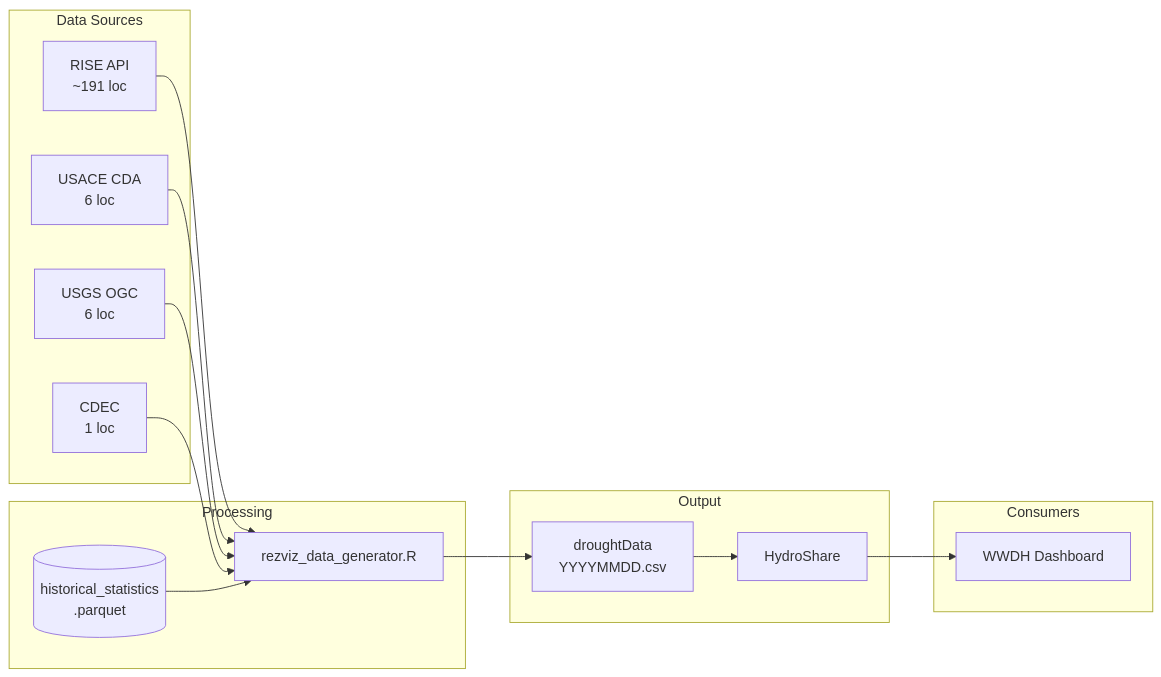
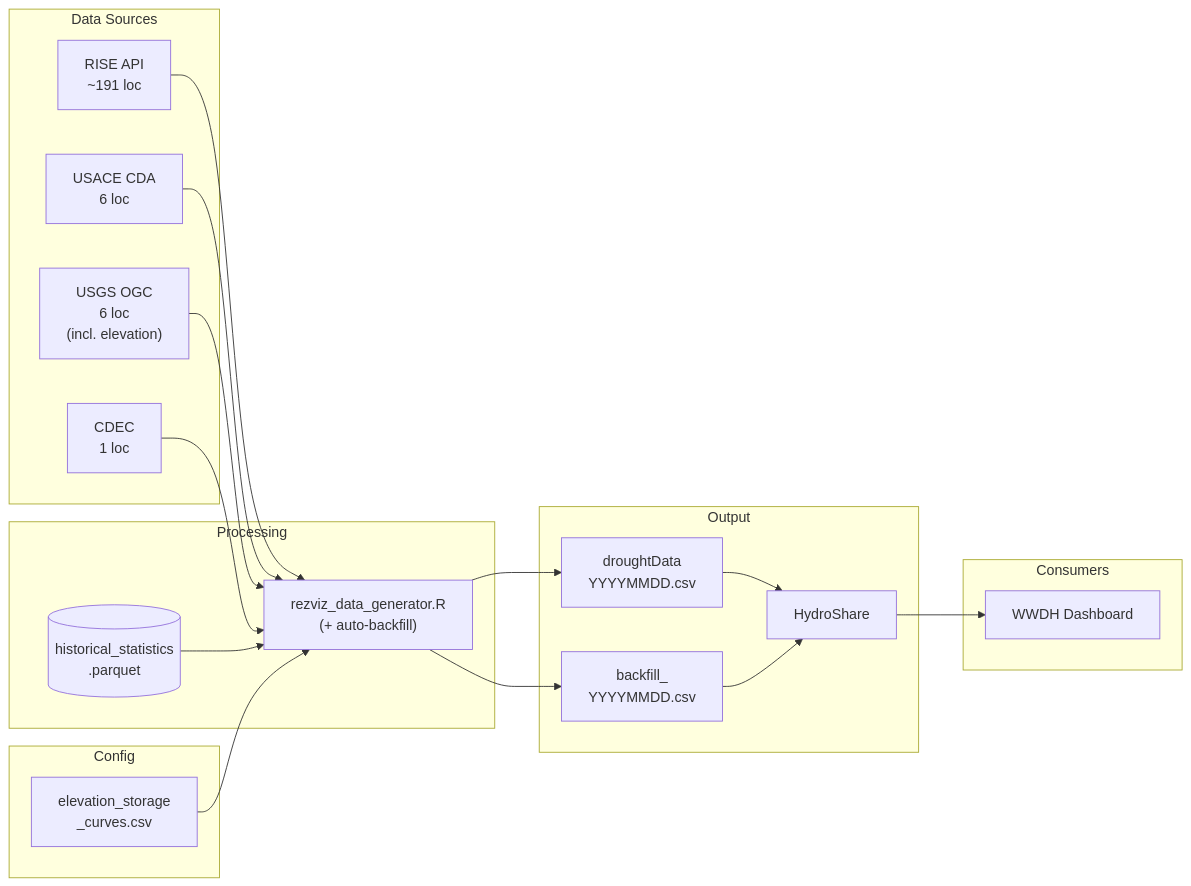
The diagram in R-workflow/readme.md (cgs-earth/teacup-generator), drawn with Mermaid before and after one commit. The commit also changed other lines of this file and 1 other file, not shown here.

````diff
--- a/R-workflow/readme.md
+++ b/R-workflow/readme.md
@@ -215,32 +257,40 @@
 ```mermaid
 flowchart LR
     subgraph sources["Data Sources"]
         RISE["RISE API<br/>~191 loc"]
         USACE["USACE CDA<br/>6 loc"]
-        USGS["USGS OGC<br/>6 loc"]
+        USGS["USGS OGC<br/>6 loc<br/>(incl. elevation)"]
         CDEC["CDEC<br/>1 loc"]
     end
 
+    subgraph config["Config"]
+        ELEV["elevation_storage<br/>_curves.csv"]
+    end
+
     subgraph processing["Processing"]
-        GEN["rezviz_data_generator.R"]
+        GEN["rezviz_data_generator.R<br/>(+ auto-backfill)"]
         STATS[("historical_statistics<br/>.parquet")]
     end
 
     subgraph output["Output"]
         CSV["droughtData<br/>YYYYMMDD.csv"]
+        BACKFILL["backfill_<br/>YYYYMMDD.csv"]
         HS["HydroShare"]
     end
 
     subgraph consumers["Consumers"]
         WWDH["WWDH Dashboard"]
     end
 
     RISE --> GEN
     USACE --> GEN
     USGS --> GEN
     CDEC --> GEN
     STATS --> GEN
+    ELEV --> GEN
     GEN --> CSV
+    GEN --> BACKFILL
     CSV --> HS
+    BACKFILL --> HS
     HS --> WWDH
 ```
````
